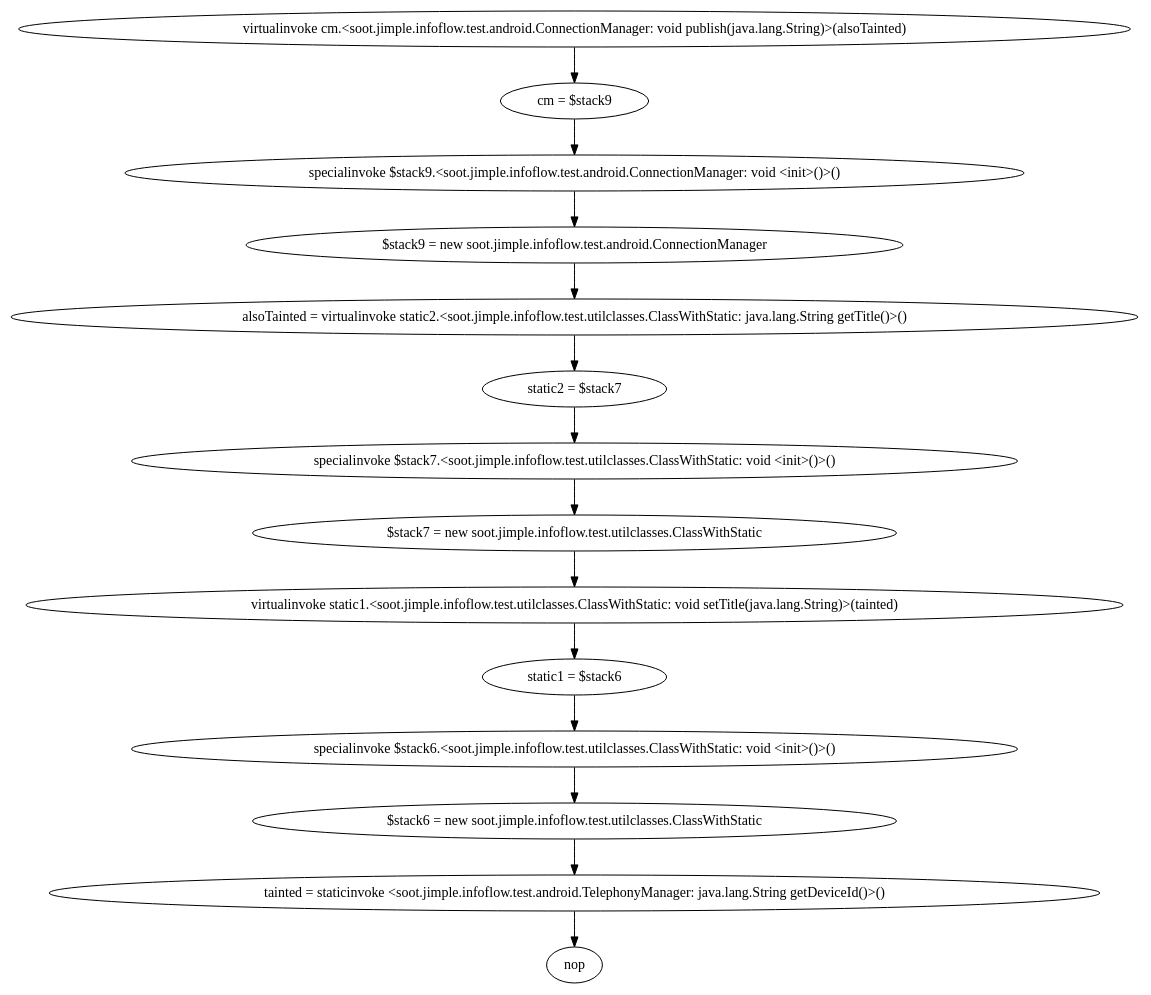
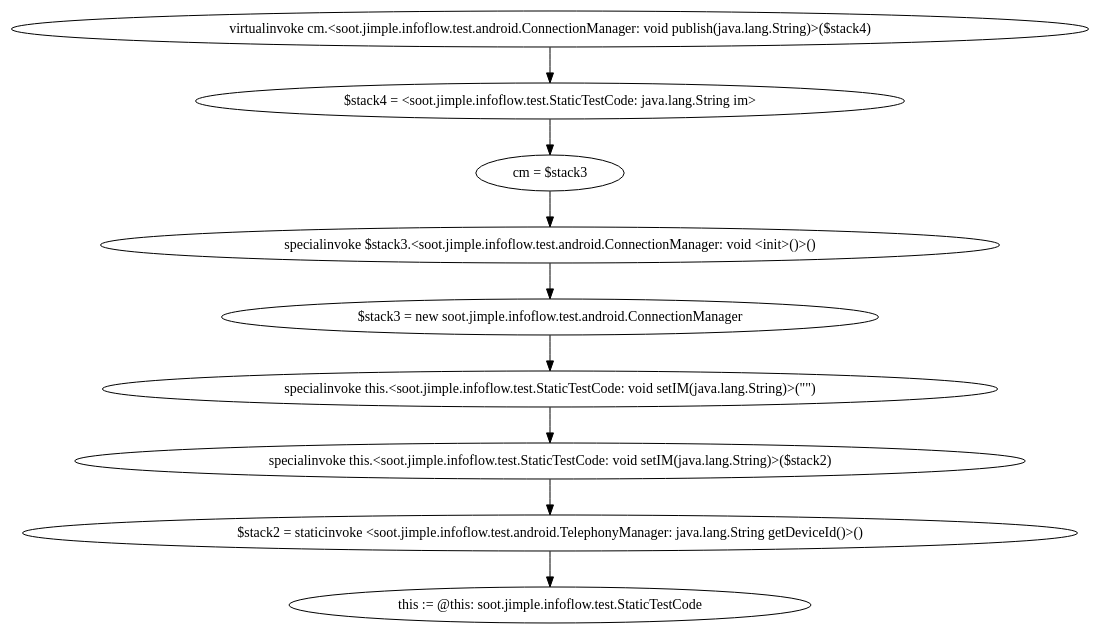
The diagram in soot-infoflow/dotfiles/0.dot (t1mlange/FlowDroid), drawn with Graphviz before and after one commit. The commit also changed 1 other file, not shown here.

```diff
--- a/soot-infoflow/dotfiles/0.dot
+++ b/soot-infoflow/dotfiles/0.dot
@@ -1,29 +1,19 @@
 digraph "" {
-    "virtualinvoke cm.<soot.jimple.infoflow.test.android.ConnectionManager: void publish(java.lang.String)>(alsoTainted)"
-    "cm = $stack9"
-    "virtualinvoke cm.<soot.jimple.infoflow.test.android.ConnectionManager: void publish(java.lang.String)>(alsoTainted)"->"cm = $stack9";
-    "specialinvoke $stack9.<soot.jimple.infoflow.test.android.ConnectionManager: void <init>()>()"
-    "cm = $stack9"->"specialinvoke $stack9.<soot.jimple.infoflow.test.android.ConnectionManager: void <init>()>()";
-    "$stack9 = new soot.jimple.infoflow.test.android.ConnectionManager"
-    "specialinvoke $stack9.<soot.jimple.infoflow.test.android.ConnectionManager: void <init>()>()"->"$stack9 = new soot.jimple.infoflow.test.android.ConnectionManager";
-    "alsoTainted = virtualinvoke static2.<soot.jimple.infoflow.test.utilclasses.ClassWithStatic: java.lang.String getTitle()>()"
-    "$stack9 = new soot.jimple.infoflow.test.android.ConnectionManager"->"alsoTainted = virtualinvoke static2.<soot.jimple.infoflow.test.utilclasses.ClassWithStatic: java.lang.String getTitle()>()";
-    "static2 = $stack7"
-    "alsoTainted = virtualinvoke static2.<soot.jimple.infoflow.test.utilclasses.ClassWithStatic: java.lang.String getTitle()>()"->"static2 = $stack7";
-    "specialinvoke $stack7.<soot.jimple.infoflow.test.utilclasses.ClassWithStatic: void <init>()>()"
-    "static2 = $stack7"->"specialinvoke $stack7.<soot.jimple.infoflow.test.utilclasses.ClassWithStatic: void <init>()>()";
-    "$stack7 = new soot.jimple.infoflow.test.utilclasses.ClassWithStatic"
-    "specialinvoke $stack7.<soot.jimple.infoflow.test.utilclasses.ClassWithStatic: void <init>()>()"->"$stack7 = new soot.jimple.infoflow.test.utilclasses.ClassWithStatic";
-    "virtualinvoke static1.<soot.jimple.infoflow.test.utilclasses.ClassWithStatic: void setTitle(java.lang.String)>(tainted)"
-    "$stack7 = new soot.jimple.infoflow.test.utilclasses.ClassWithStatic"->"virtualinvoke static1.<soot.jimple.infoflow.test.utilclasses.ClassWithStatic: void setTitle(java.lang.String)>(tainted)";
-    "static1 = $stack6"
-    "virtualinvoke static1.<soot.jimple.infoflow.test.utilclasses.ClassWithStatic: void setTitle(java.lang.String)>(tainted)"->"static1 = $stack6";
-    "specialinvoke $stack6.<soot.jimple.infoflow.test.utilclasses.ClassWithStatic: void <init>()>()"
-    "static1 = $stack6"->"specialinvoke $stack6.<soot.jimple.infoflow.test.utilclasses.ClassWithStatic: void <init>()>()";
-    "$stack6 = new soot.jimple.infoflow.test.utilclasses.ClassWithStatic"
-    "specialinvoke $stack6.<soot.jimple.infoflow.test.utilclasses.ClassWithStatic: void <init>()>()"->"$stack6 = new soot.jimple.infoflow.test.utilclasses.ClassWithStatic";
-    "tainted = staticinvoke <soot.jimple.infoflow.test.android.TelephonyManager: java.lang.String getDeviceId()>()"
-    "$stack6 = new soot.jimple.infoflow.test.utilclasses.ClassWithStatic"->"tainted = staticinvoke <soot.jimple.infoflow.test.android.TelephonyManager: java.lang.String getDeviceId()>()";
-    "nop"
-    "tainted = staticinvoke <soot.jimple.infoflow.test.android.TelephonyManager: java.lang.String getDeviceId()>()"->"nop";
+    "virtualinvoke cm.<soot.jimple.infoflow.test.android.ConnectionManager: void publish(java.lang.String)>($stack4)"
+    "$stack4 = <soot.jimple.infoflow.test.StaticTestCode: java.lang.String im>"
+    "virtualinvoke cm.<soot.jimple.infoflow.test.android.ConnectionManager: void publish(java.lang.String)>($stack4)"->"$stack4 = <soot.jimple.infoflow.test.StaticTestCode: java.lang.String im>";
+    "cm = $stack3"
+    "$stack4 = <soot.jimple.infoflow.test.StaticTestCode: java.lang.String im>"->"cm = $stack3";
+    "specialinvoke $stack3.<soot.jimple.infoflow.test.android.ConnectionManager: void <init>()>()"
+    "cm = $stack3"->"specialinvoke $stack3.<soot.jimple.infoflow.test.android.ConnectionManager: void <init>()>()";
+    "$stack3 = new soot.jimple.infoflow.test.android.ConnectionManager"
+    "specialinvoke $stack3.<soot.jimple.infoflow.test.android.ConnectionManager: void <init>()>()"->"$stack3 = new soot.jimple.infoflow.test.android.ConnectionManager";
+    "specialinvoke this.<soot.jimple.infoflow.test.StaticTestCode: void setIM(java.lang.String)>(\"\")"
+    "$stack3 = new soot.jimple.infoflow.test.android.ConnectionManager"->"specialinvoke this.<soot.jimple.infoflow.test.StaticTestCode: void setIM(java.lang.String)>(\"\")";
+    "specialinvoke this.<soot.jimple.infoflow.test.StaticTestCode: void setIM(java.lang.String)>($stack2)"
+    "specialinvoke this.<soot.jimple.infoflow.test.StaticTestCode: void setIM(java.lang.String)>(\"\")"->"specialinvoke this.<soot.jimple.infoflow.test.StaticTestCode: void setIM(java.lang.String)>($stack2)";
+    "$stack2 = staticinvoke <soot.jimple.infoflow.test.android.TelephonyManager: java.lang.String getDeviceId()>()"
+    "specialinvoke this.<soot.jimple.infoflow.test.StaticTestCode: void setIM(java.lang.String)>($stack2)"->"$stack2 = staticinvoke <soot.jimple.infoflow.test.android.TelephonyManager: java.lang.String getDeviceId()>()";
+    "this := @this: soot.jimple.infoflow.test.StaticTestCode"
+    "$stack2 = staticinvoke <soot.jimple.infoflow.test.android.TelephonyManager: java.lang.String getDeviceId()>()"->"this := @this: soot.jimple.infoflow.test.StaticTestCode";
 }
```
